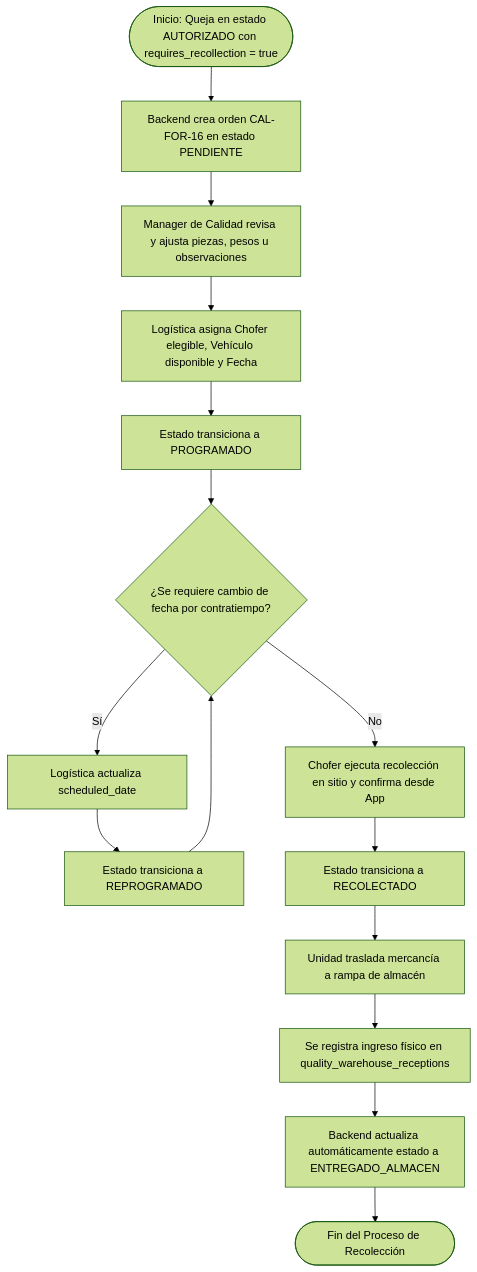
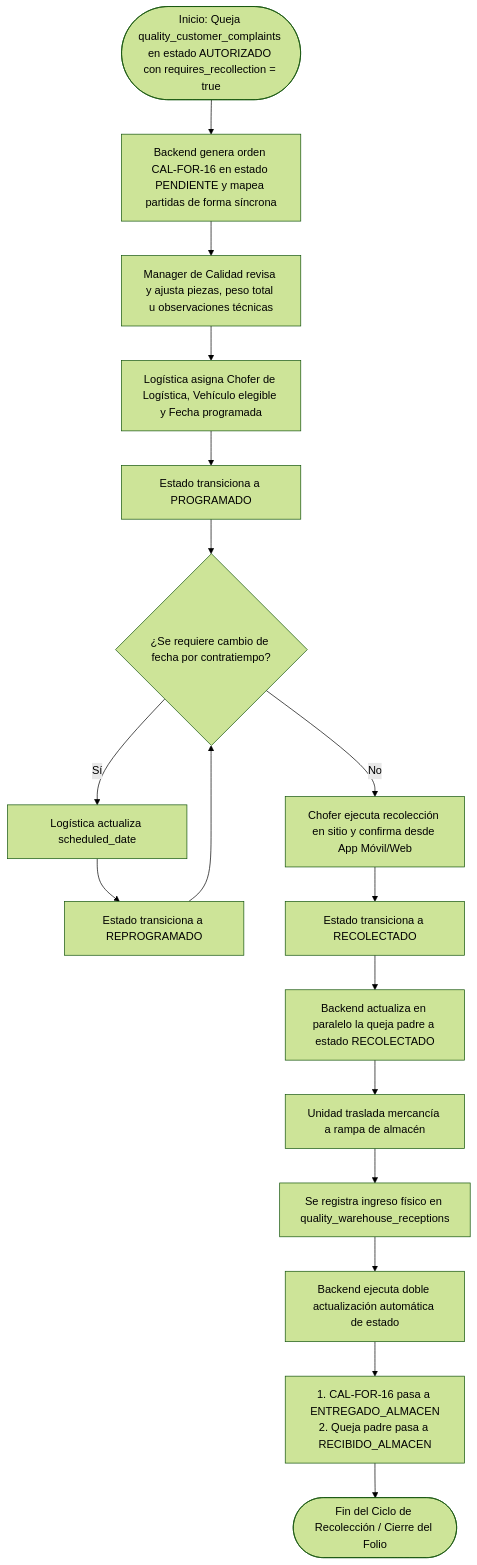
One commit to Automatizacion-KPC/KoonolApp changed the first of 4 diagrams in docs/modules/product_recollection.md. Above: the diagram before and after it, drawn with Mermaid (forest theme). The commit also changed other lines of this file, not shown here.

````diff
--- a/docs/modules/product_recollection.md
+++ b/docs/modules/product_recollection.md
@@ -126,19 +128,21 @@
 ```mermaid
 graph TD
-    A([Inicio: Queja en estado AUTORIZADO con requires_recollection = true]) --> B[Backend crea orden CAL-FOR-16 en estado PENDIENTE]
-    B --> C[Manager de Calidad revisa y ajusta piezas, pesos u observaciones]
-    C --> D[Logística asigna Chofer elegible, Vehículo disponible y Fecha]
+    A([Inicio: Queja quality_customer_complaints en estado AUTORIZADO con requires_recollection = true]) --> B[Backend genera orden CAL-FOR-16 en estado PENDIENTE y mapea partidas de forma síncrona]
+    B --> C[Manager de Calidad revisa y ajusta piezas, peso total u observaciones técnicas]
+    C --> D[Logística asigna Chofer de Logística, Vehículo elegible y Fecha programada]
     D --> E[Estado transiciona a PROGRAMADO]
 
     E --> F{¿Se requiere cambio de fecha por contratiempo?}
     F -- Sí --> G[Logística actualiza scheduled_date]
     G --> H[Estado transiciona a REPROGRAMADO]
     H --> F
 
-    F -- No --> I[Chofer ejecuta recolección en sitio y confirma desde App]
+    F -- No --> I[Chofer ejecuta recolección en sitio y confirma desde App Móvil/Web]
     I --> J[Estado transiciona a RECOLECTADO]
-    J --> K[Unidad traslada mercancía a rampa de almacén]
-    K --> L[Se registra ingreso físico en quality_warehouse_receptions]
-    L --> M[Backend actualiza automáticamente estado a ENTREGADO_ALMACEN]
-    M --> N([Fin del Proceso de Recolección])
+    J --> K[Backend actualiza en paralelo la queja padre a estado RECOLECTADO]
+    K --> L[Unidad traslada mercancía a rampa de almacén]
+    L --> M[Se registra ingreso físico en quality_warehouse_receptions]
+    M --> N[Backend ejecuta doble actualización automática de estado]
+    N --> O["1. CAL-FOR-16 pasa a ENTREGADO_ALMACEN<br/>2. Queja padre pasa a RECIBIDO_ALMACEN"]
+    O --> P([Fin del Ciclo de Recolección / Cierre del Folio])
 ```
````
